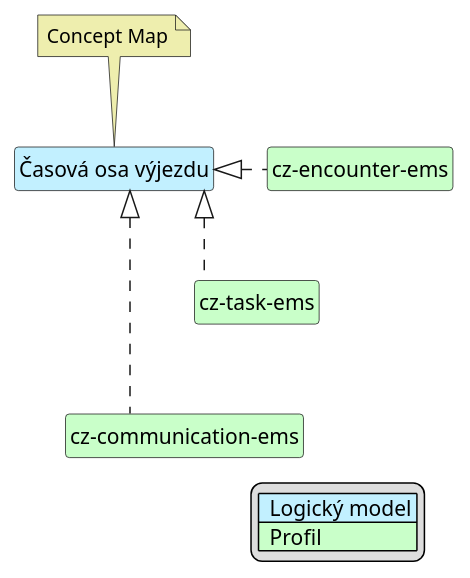
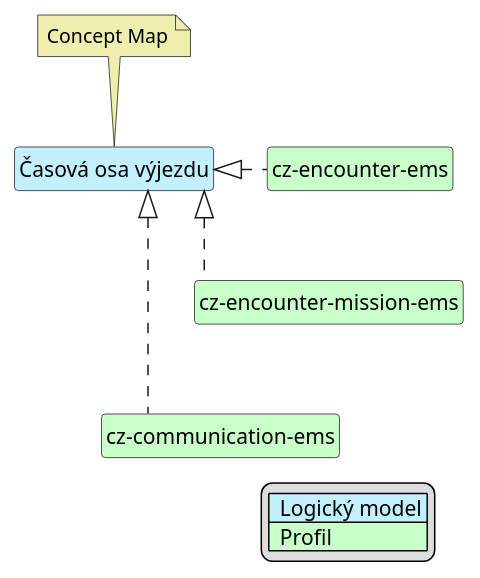
Before and after one commit to HL7-cz/cz-ems: the diagram in input/images-source/emsDispatchTimeline-map-cs.plantuml, drawn with PlantUML. The commit also changed 3 other files, not shown here.

Commit message:
update maps plantuml

```diff
--- a/input/images-source/emsDispatchTimeline-map-cs.plantuml
+++ b/input/images-source/emsDispatchTimeline-map-cs.plantuml
@@ -1,32 +1,32 @@
 @startuml
 hide circle
 hide stereotype
 hide members
 hide methods
 skinparam linetype ortho
 skinparam class {
 BackgroundColor<<LogicalModel>> #APPLICATION
 BackgroundColor<<Profile>> #TECHNOLOGY
 }
 legend right
 | <#APPLICATION>  Logický model |
 | <#TECHNOLOGY>  Profil |
 endlegend
 
 class "Časová osa výjezdu" <<LogicalModel>> [[StructureDefinition-LogDispatchDataCz.html]]
 note top #EEEEAE [[ConceptMap-DispatchDataEMS2FHIR-cz.html]]
 Concept Map
 endnote
 
 class "cz-communication-ems" <<Profile>> [[StructureDefinition-cz-communication-ems.html]]
-class "cz-task-ems" <<Profile>> [[StructureDefinition-cz-task-ems.html]]
+class "cz-encounter-mission-ems" <<Profile>> [[StructureDefinition-cz-encounter-mission-ems.html]]
 class "cz-encounter-ems" <<Profile>> [[StructureDefinition-cz-encounter-ems.html]]
 
 "Časová osa výjezdu" <|. "cz-encounter-ems"
-"Časová osa výjezdu" <|. "cz-task-ems"
+"Časová osa výjezdu" <|. "cz-encounter-mission-ems"
 "Časová osa výjezdu" <|. "cz-communication-ems"
 
-"cz-encounter-ems" -d[hidden]-> "cz-task-ems"
-"cz-task-ems" -d[hidden]-> "cz-communication-ems"
+"cz-encounter-ems" -d[hidden]-> "cz-encounter-mission-ems"
+"cz-encounter-mission-ems" -d[hidden]-> "cz-communication-ems"
 
 @enduml
```
